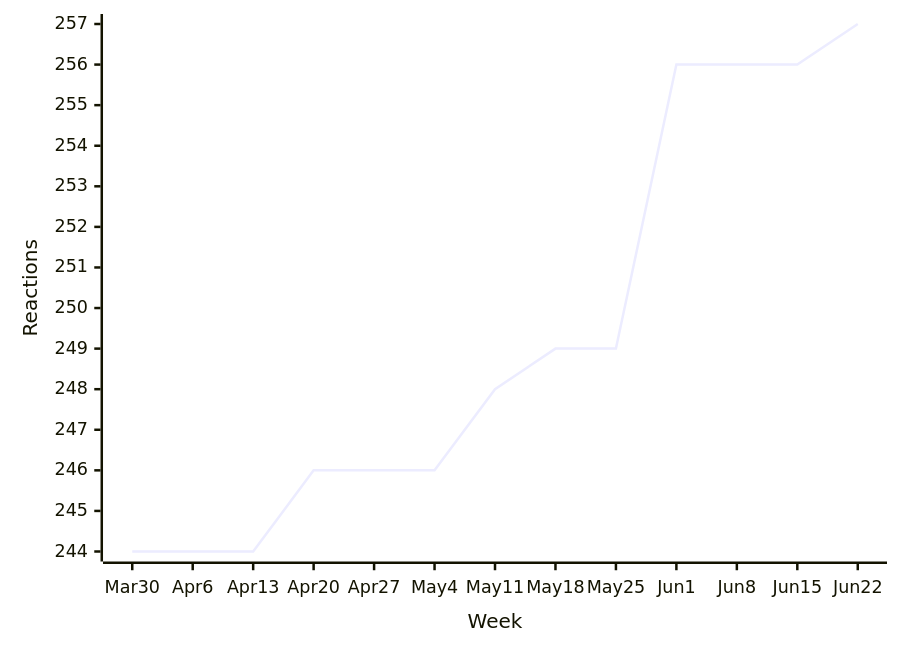
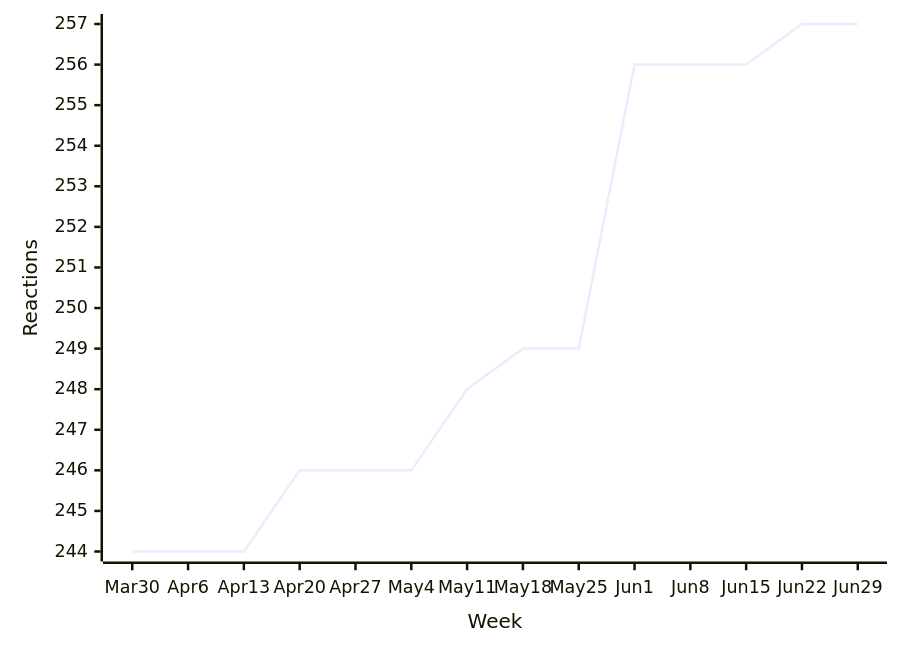
The ninth of 48 diagrams in README.md (loic-sharma/github-insights), drawn with Mermaid before and after one commit. The commit also changed other lines of this file and 3 other files, not shown here.

````diff
--- a/README.md
+++ b/README.md
@@ -475,6 +475,6 @@
   ```mermaid
   xychart-beta
-    x-axis "Week" [Mar 30, Apr 6, Apr 13, Apr 20, Apr 27, May 4, May 11, May 18, May 25, Jun 1, Jun 8, Jun 15, Jun 22]
+    x-axis "Week" [Mar 30, Apr 6, Apr 13, Apr 20, Apr 27, May 4, May 11, May 18, May 25, Jun 1, Jun 8, Jun 15, Jun 22, Jun 29]
     y-axis "Reactions"
-    line [244, 244, 244, 246, 246, 246, 248, 249, 249, 256, 256, 256, 257]
+    line [244, 244, 244, 246, 246, 246, 248, 249, 249, 256, 256, 256, 257, 257]
   ```
````
